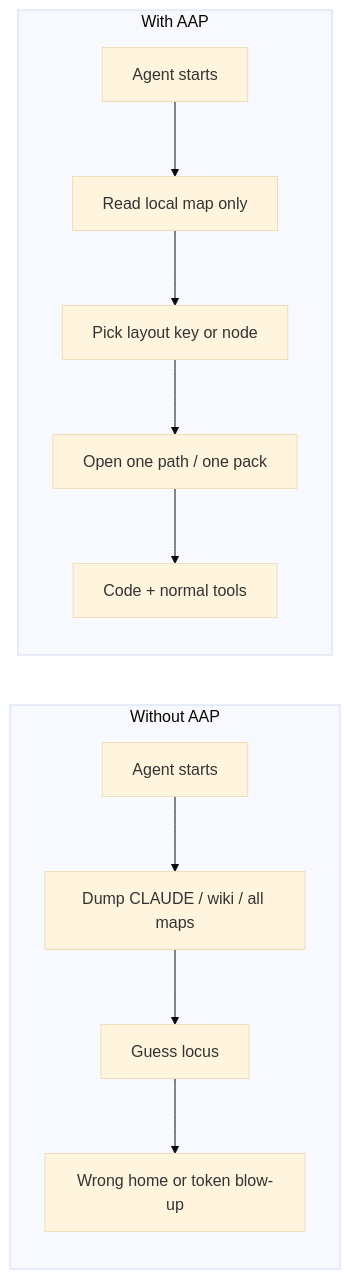
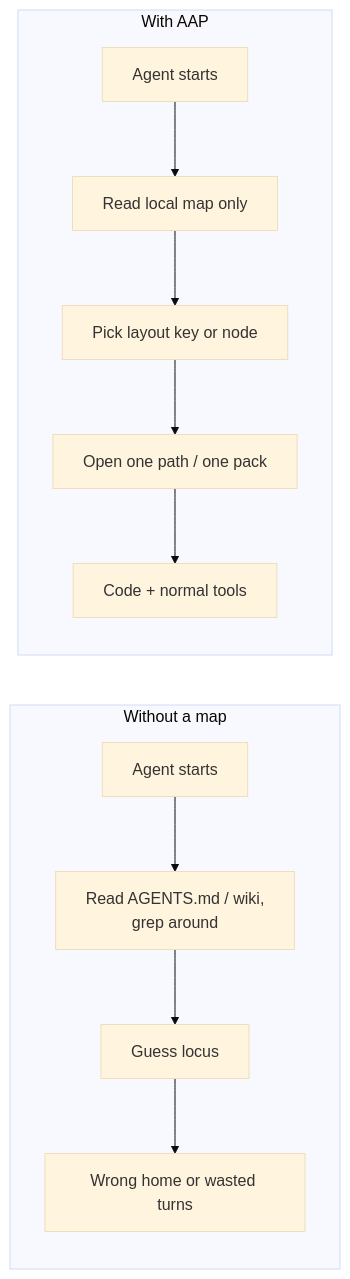
The first of 5 diagrams in README.md (gitpash/agent-artifact-protocol), drawn with Mermaid (base theme) before and after one commit. The commit also changed other lines of this file, not shown here.

First line of the commit message:
docs(readme): apply review — diagram honesty + section order

````diff
--- a/README.md
+++ b/README.md
@@ -30,15 +37,15 @@
 ```mermaid
 flowchart LR
-  subgraph before [Without AAP]
-    A[Agent starts] --> B[Dump CLAUDE / wiki / all maps]
+  subgraph before [Without a map]
+    A[Agent starts] --> B["Read AGENTS.md / wiki,<br/>grep around"]
     B --> C[Guess locus]
-    C --> D[Wrong home or token blow-up]
+    C --> D[Wrong home or wasted turns]
   end
 
   subgraph after [With AAP]
     E[Agent starts] --> F[Read local map only]
     F --> G[Pick layout key or node]
     G --> H[Open one path / one pack]
     H --> I[Code + normal tools]
   end
 ```
````
